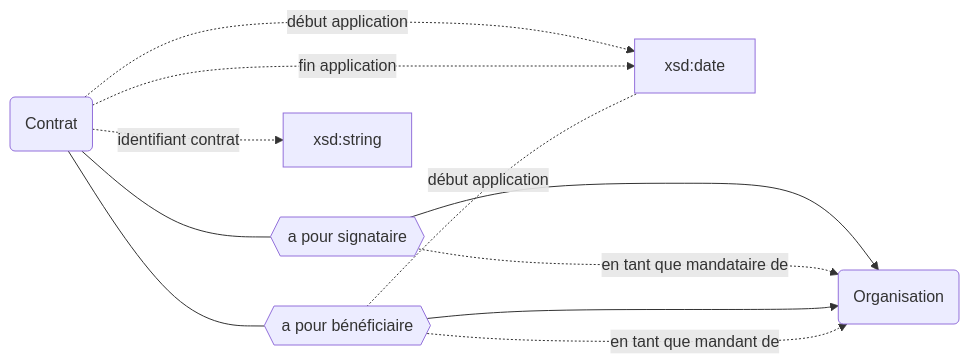
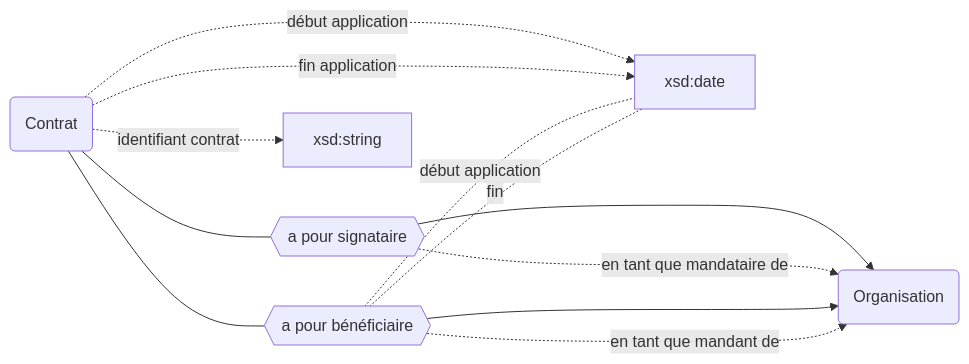
One commit to abes-esr/movies-documentation changed the third of 3 diagrams in docs/Modélisation Movies/Contrat de documentation électronique/Contrat de documentation électronique.md. Above: the diagram before and after it, drawn with Mermaid.

Commit message:
Update Contrat de documentation électronique.md

````diff
--- a/docs/Modélisation Movies/Contrat de documentation électronique/Contrat de documentation électronique.md
+++ b/docs/Modélisation Movies/Contrat de documentation électronique/Contrat de documentation électronique.md
@@ -44,17 +44,18 @@
 ```mermaid
 graph LR
     CONTRAT(Contrat)
     SIG{{a pour signataire}}
     BEN{{a pour bénéficiaire}}
     ORG(Organisation)
   
     CONTRAT -.-> |début application| xsd:date
     CONTRAT -.-> |fin application| xsd:date
     CONTRAT --- SIG ---> ORG
     SIG -.-> |en tant que mandataire de| ORG
     CONTRAT -.-> |identifiant contrat| S[xsd:string]
     CONTRAT --- BEN ---> ORG
     BEN -.-> |en tant que mandant de| ORG
     BEN -.- |début application| xsd:date
+    BEN -.- |fin| xsd:date
    
 ```
````
